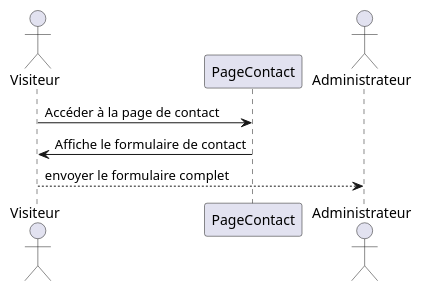
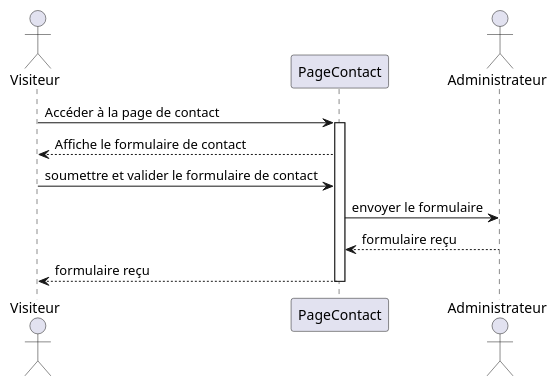
Before and after one commit to elamranibilel/Ortholib: the diagram in analyse/UML/Séquence/visiteur/4_consulterContact.wsd, drawn with PlantUML. The commit also changed 18 other files, not shown here.

```diff
--- a/analyse/UML/Séquence/visiteur/4_consulterContact.wsd
+++ b/analyse/UML/Séquence/visiteur/4_consulterContact.wsd
@@ -1,9 +1,14 @@
 @startuml contact
 actor Visiteur
 participant PageContact
 actor Administrateur as admin 
 
 Visiteur -> PageContact : Accéder à la page de contact
-PageContact -> Visiteur : Affiche le formulaire de contact
-Visiteur --> admin : envoyer le formulaire complet
+activate PageContact
+PageContact --> Visiteur : Affiche le formulaire de contact
+Visiteur -> PageContact : soumettre et valider le formulaire de contact 
+PageContact -> admin : envoyer le formulaire
+admin --> PageContact : formulaire reçu
+PageContact --> Visiteur : formulaire reçu
+deactivate PageContact
 @enduml
```
